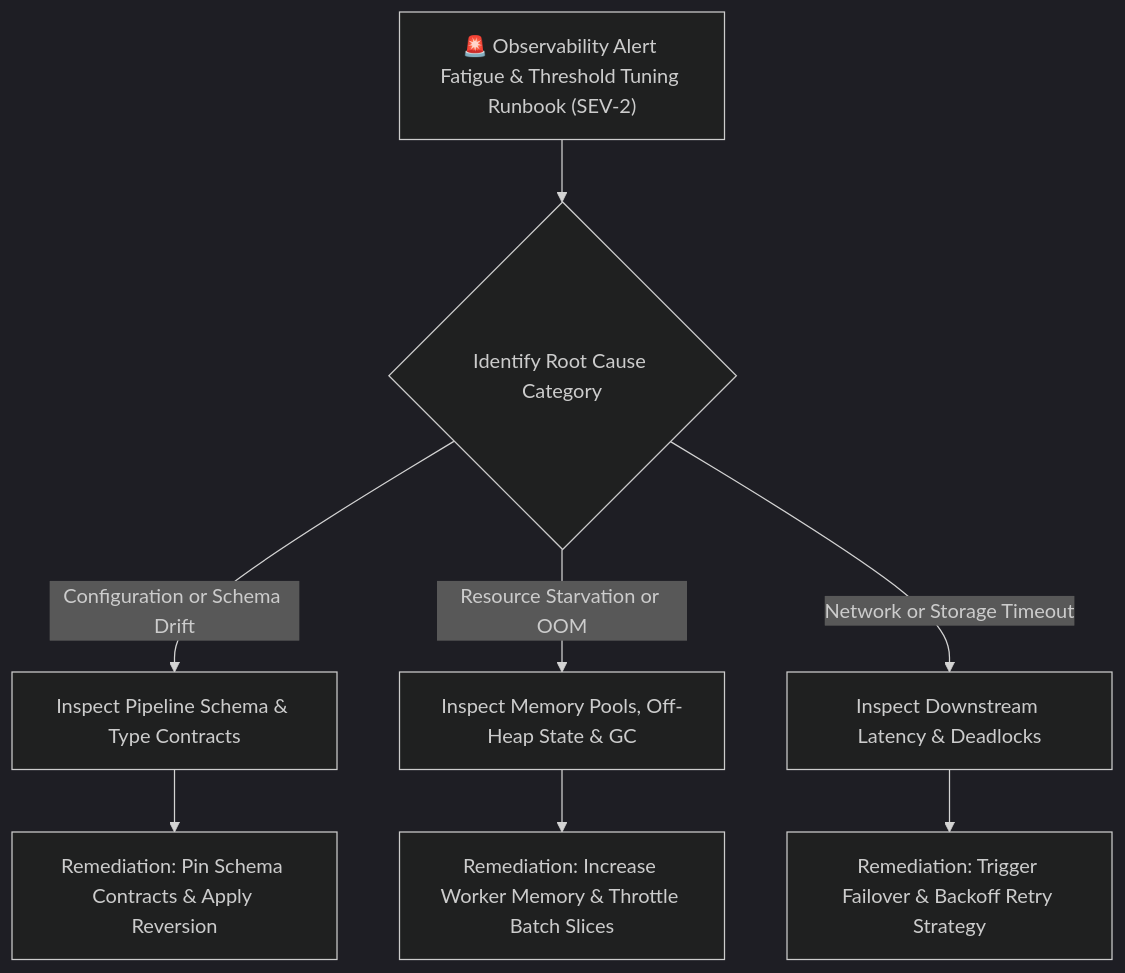
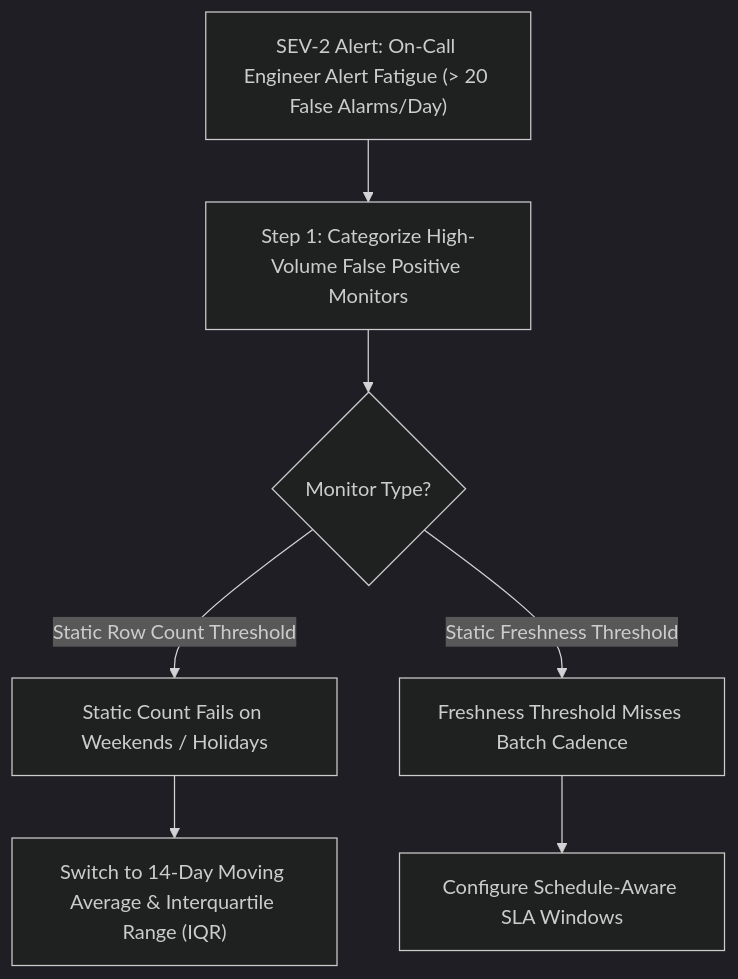
One commit to santoshjammi29/dataops-cicd-handbook changed the diagram in runbooks/06_data_observability_alert_fatigue_and_threshold_tuning.md. Above: the diagram before and after it, drawn with Mermaid (dark theme). The commit also changed other lines of this file and 12 other files, not shown here.

````diff
--- a/runbooks/06_data_observability_alert_fatigue_and_threshold_tuning.md
+++ b/runbooks/06_data_observability_alert_fatigue_and_threshold_tuning.md
@@ -11,12 +12,11 @@
 ```mermaid
 flowchart TD
-    Alert["🚨 Observability Alert Fatigue & Threshold Tuning Runbook (SEV-2)"] --> TriageCategory{"Identify Root Cause Category"}
+    Alert["SEV-2 Alert: On-Call Engineer Alert Fatigue (> 20 False Alarms/Day)"] --> AnalyzeAlerts["Step 1: Categorize High-Volume False Positive Monitors"]
+    AnalyzeAlerts --> MonitorType{"Monitor Type?"}
     
-    TriageCategory -->|"Configuration or Schema Drift"| ConfigTriage["Inspect Pipeline Schema & Type Contracts"]
-    TriageCategory -->|"Resource Starvation or OOM"| ResourceTriage["Inspect Memory Pools, Off-Heap State & GC"]
-    TriageCategory -->|"Network or Storage Timeout"| NetworkTriage["Inspect Downstream Latency & Deadlocks"]
-
-    ConfigTriage --> FixConfig["Remediation: Pin Schema Contracts & Apply Reversion"]
-    ResourceTriage --> FixResource["Remediation: Increase Worker Memory & Throttle Batch Slices"]
-    NetworkTriage --> FixNetwork["Remediation: Trigger Failover & Backoff Retry Strategy"]
+    MonitorType -->|"Static Row Count Threshold"| StaticVolume["Static Count Fails on Weekends / Holidays"]
+    MonitorType -->|"Static Freshness Threshold"| StaticFreshness["Freshness Threshold Misses Batch Cadence"]
+    
+    StaticVolume --> DynamicIQR["Switch to 14-Day Moving Average & Interquartile Range (IQR)"]
+    StaticFreshness --> DynamicFreshness["Configure Schedule-Aware SLA Windows"]
 ```
````
